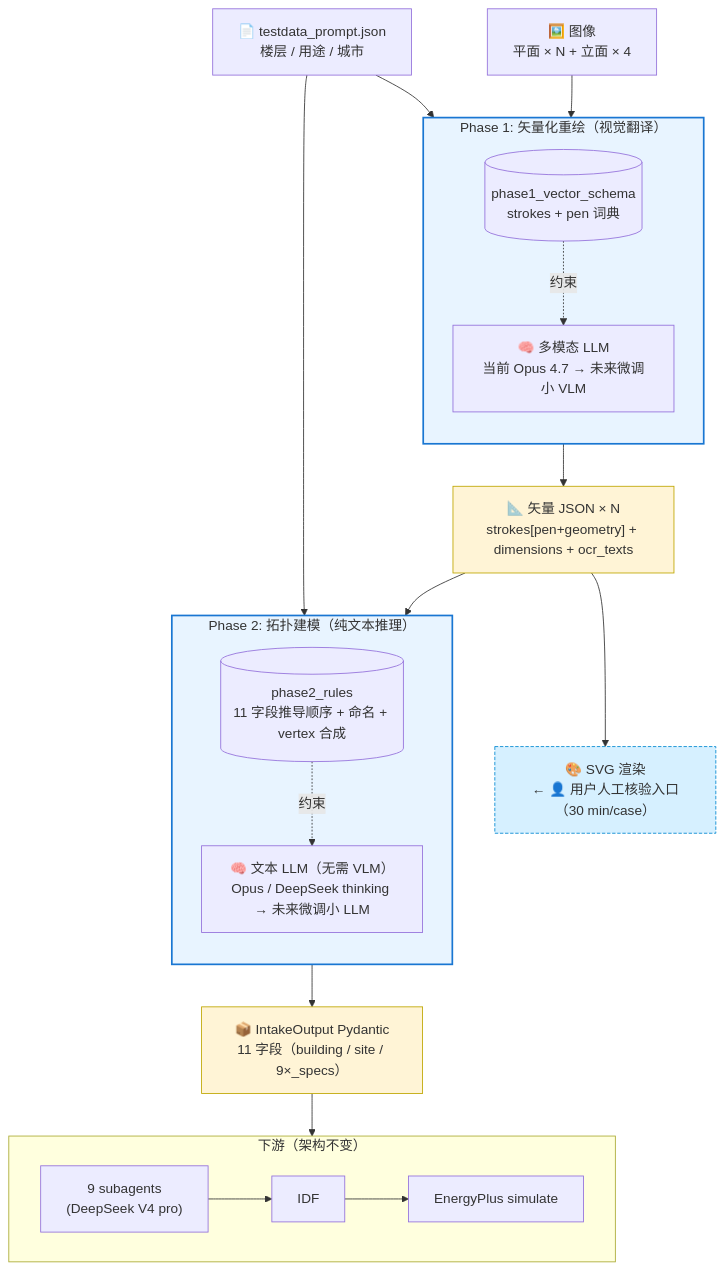
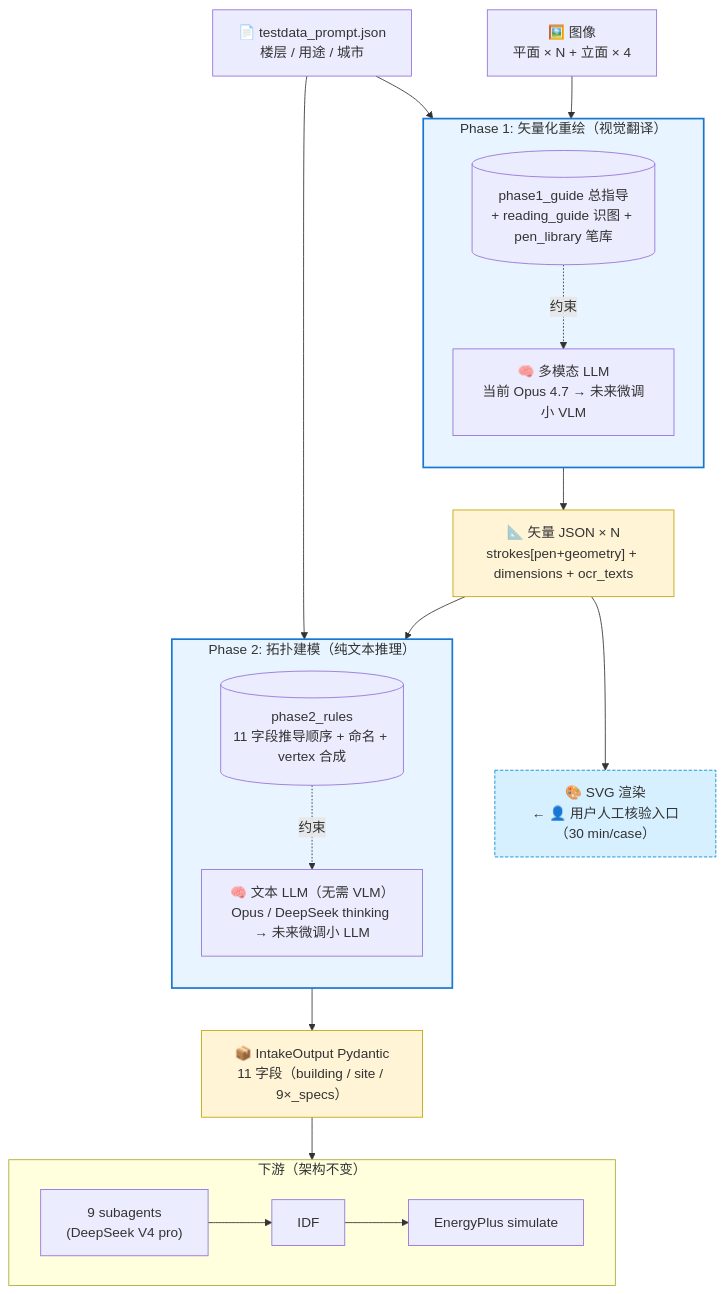
One commit to hortonyyx/EnergyPlus-Agent-dev changed the first of 4 diagrams in AI_agent/twostep_architecture_diagram.md. Above: the diagram before and after it, drawn with Mermaid. The commit also changed other lines of this file and 14 other files, not shown here.

First line of the commit message:
5.26_Phase1SkillThreewaySplitReviewAndMinimalPenSet

````diff
--- a/AI_agent/twostep_architecture_diagram.md
+++ b/AI_agent/twostep_architecture_diagram.md
@@ -9,55 +9,55 @@
 ```mermaid
 flowchart TB
     %% ===== Inputs =====
     IMG["🖼️ 图像<br/>平面 × N + 立面 × 4"]
     META["📄 testdata_prompt.json<br/>楼层 / 用途 / 城市"]
 
     %% ===== Phase 1 =====
     subgraph P1["Phase 1: 矢量化重绘（视觉翻译）"]
         direction TB
         VLM["🧠 多模态 LLM<br/>当前 Opus 4.7 → 未来微调小 VLM"]
-        SCH[("phase1_vector_schema<br/>strokes + pen 词典")]
+        SCH[("phase1_guide 总指导<br/>+ reading_guide 识图 + pen_library 笔库")]
     end
 
     %% ===== Middle artifact =====
     VEC["📐 矢量 JSON × N<br/>strokes[pen+geometry] + dimensions + ocr_texts"]
     SVG["🎨 SVG 渲染<br/>← 👤 用户人工核验入口（30 min/case）"]
 
     %% ===== Phase 2 =====
     subgraph P2["Phase 2: 拓扑建模（纯文本推理）"]
         direction TB
         TLM["🧠 文本 LLM（无需 VLM）<br/>Opus / DeepSeek thinking → 未来微调小 LLM"]
         RUL[("phase2_rules<br/>11 字段推导顺序 + 命名 + vertex 合成")]
     end
 
     %% ===== Final =====
     IO["📦 IntakeOutput Pydantic<br/>11 字段（building / site / 9×_specs）"]
 
     %% ===== Downstream (unchanged) =====
     subgraph DS["下游（架构不变）"]
         direction LR
         SUB["9 subagents<br/>(DeepSeek V4 pro)"] --> IDF["IDF"] --> EP["EnergyPlus simulate"]
     end
 
     %% ===== Edges =====
     IMG --> VLM
     META --> VLM
     SCH -.约束.-> VLM
     VLM --> VEC
     VEC --> SVG
 
     VEC --> TLM
     META --> TLM
     RUL -.约束.-> TLM
     TLM --> IO
 
     IO --> SUB
 
     %% styling
     classDef phase fill:#e8f4ff,stroke:#1976d2,stroke-width:2px
     classDef artifact fill:#fff4d6,stroke:#bfa600,stroke-width:1px
     classDef inspect fill:#d6f0ff,stroke:#0288d1,stroke-width:1px,stroke-dasharray:4 2
     class P1,P2 phase
     class VEC,IO artifact
     class SVG inspect
 ```
````
